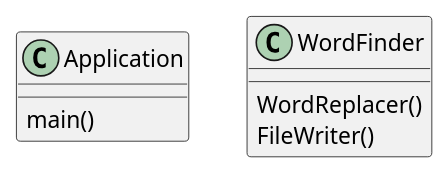
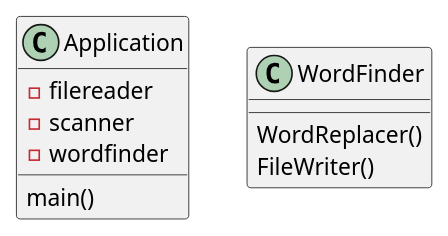
The diagram in src/main/java/oop/assignment3/ex45/exercise45_Diagram.puml (Awesome-wolf-101/ashby-cop3330-assignment3), drawn with PlantUML before and after one commit. The commit also changed 20 other files, not shown here.

```diff
--- a/src/main/java/oop/assignment3/ex45/exercise45_Diagram.puml
+++ b/src/main/java/oop/assignment3/ex45/exercise45_Diagram.puml
@@ -1,18 +1,21 @@
 @startuml
 'https://plantuml.com/sequence-diagram
 
 class Application{
+-filereader
+-scanner
+-wordfinder
 main()
 }
 
 class WordFinder{
 
 
 
 WordReplacer()
 FileWriter()
 
 }
 
 
 @enduml
```
